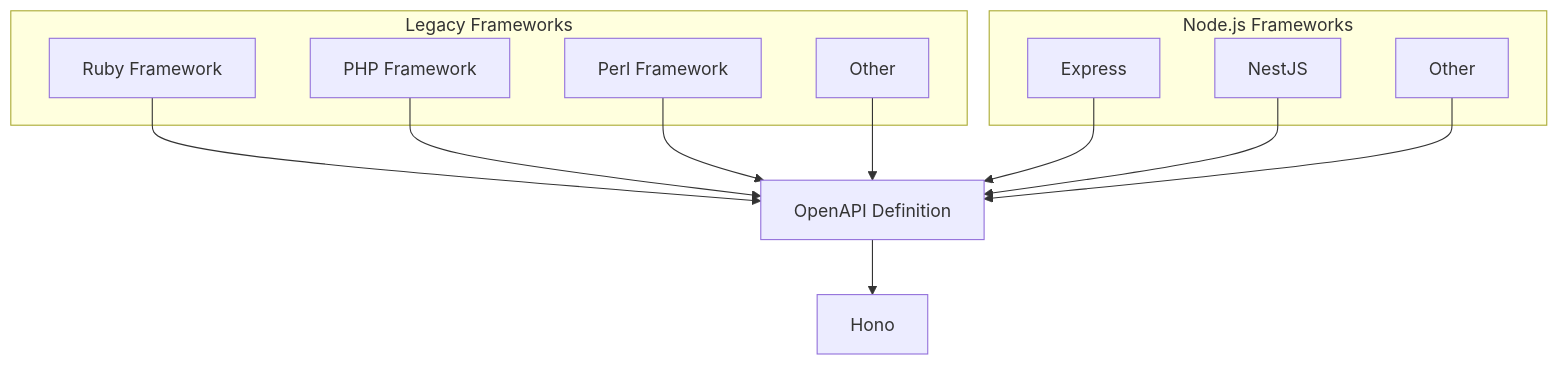
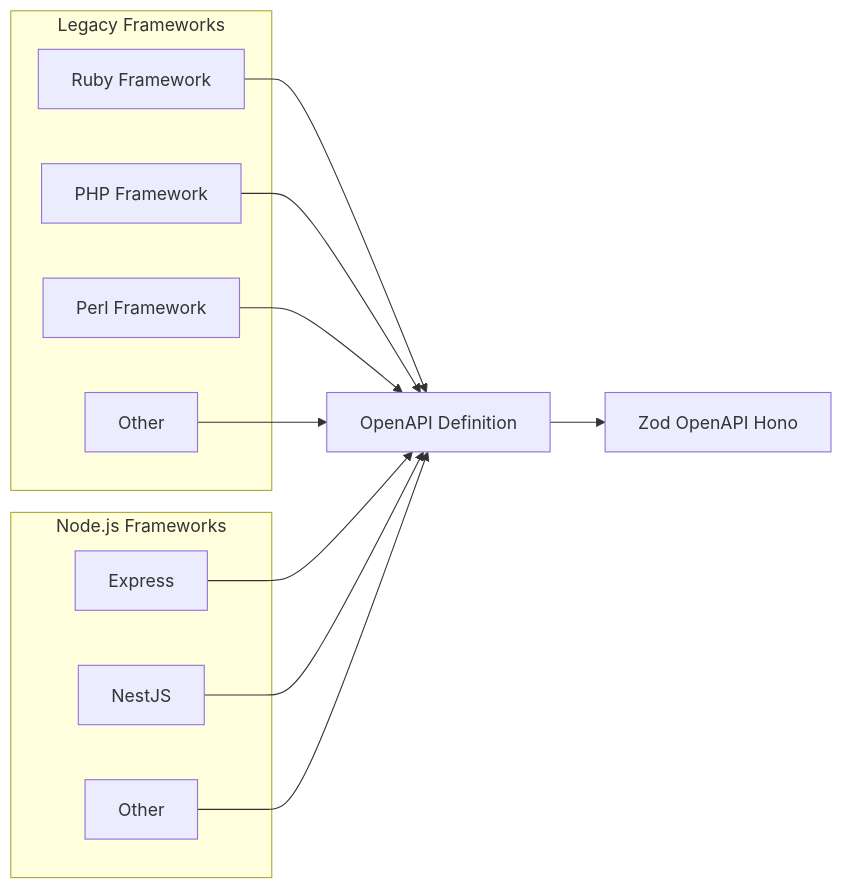
One commit to nakita628/hono-takibi changed the first of 2 diagrams in website/docs/purpose/index.md. Above: the diagram before and after it, drawn with Mermaid. The commit also changed 6 other files, not shown here.

````diff
--- a/website/docs/purpose/index.md
+++ b/website/docs/purpose/index.md
@@ -15,26 +15,26 @@
 ```mermaid
-flowchart TD
+flowchart LR
     subgraph "Legacy Frameworks"
         B["Ruby Framework"]
         C["PHP Framework"]
         D["Perl Framework"]
         E["Other"]
     end
     
     subgraph "Node.js Frameworks"
         F["Express"]
         G["NestJS"]
         H["Other"]
     end
 
     A["OpenAPI Definition"]
-    I["Hono"]
+    I["Zod OpenAPI Hono"]
     B --> A
     C --> A
     D --> A
     E --> A
     F --> A
     G --> A
     H --> A
     A --> I
 ```
````
